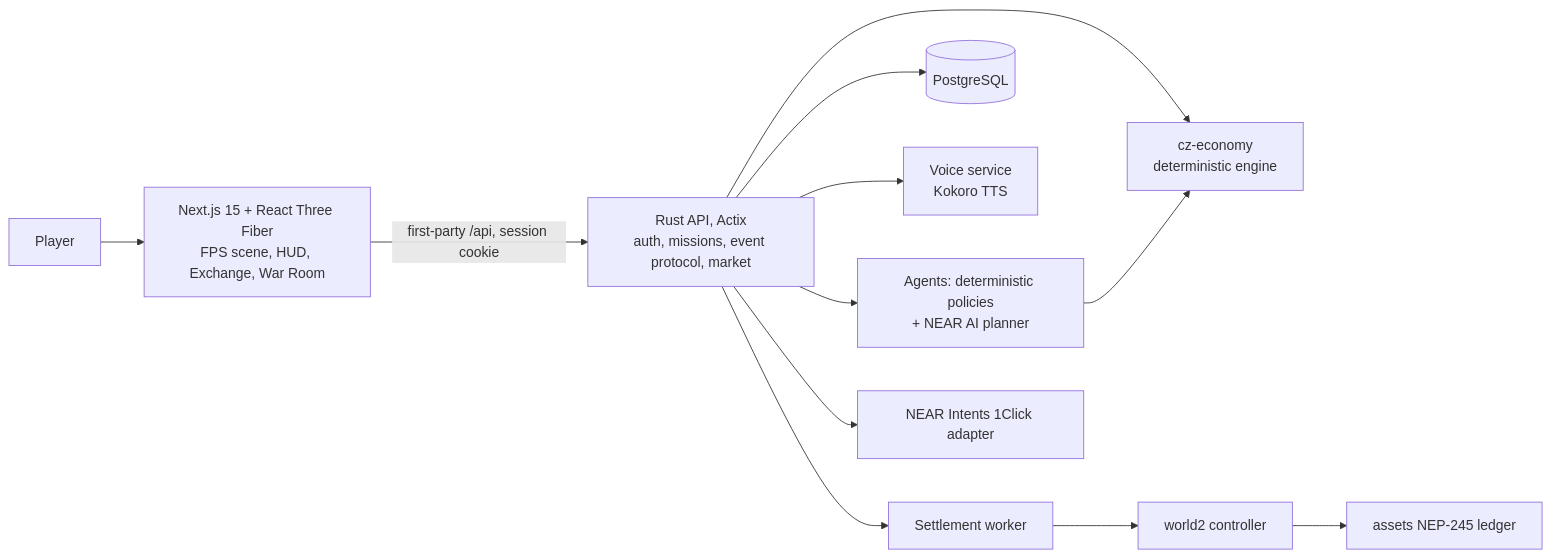
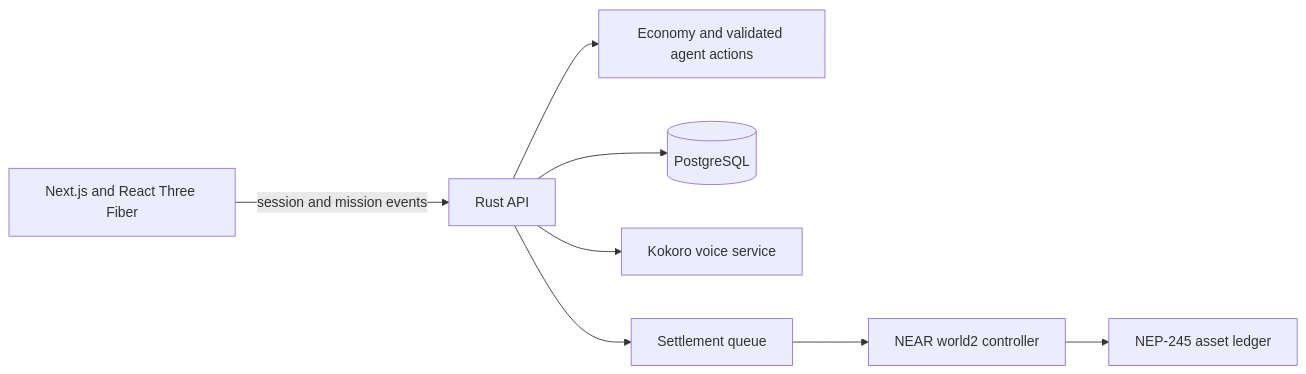
Before and after one commit to Psalmuel01/contract-zero: the second of 2 diagrams in README.md, drawn with Mermaid. The commit also changed other lines of this file and 2 other files, not shown here.

````diff
--- a/README.md
+++ b/README.md
@@ -174,13 +91,10 @@
 ```mermaid
 flowchart LR
-  P[Player] --> W[Next.js 15 + React Three Fiber<br/>FPS scene, HUD, Exchange, War Room]
-  W -->|first-party /api, session cookie| API[Rust API, Actix<br/>auth, missions, event protocol, market]
-  API --> E[cz-economy<br/>deterministic engine]
-  API --> AG[Agents: deterministic policies<br/>+ NEAR AI planner]
-  AG --> E
-  API --> DB[(PostgreSQL)]
-  API --> V[Voice service<br/>Kokoro TTS]
-  API --> SW[Settlement worker]
-  SW --> C[world2 controller] --> L[assets NEP-245 ledger]
-  API --> IA[NEAR Intents 1Click adapter]
+  W[Next.js and React Three Fiber] -->|session and mission events| A[Rust API]
+  A --> E[Economy and validated agent actions]
+  A --> D[(PostgreSQL)]
+  A --> V[Kokoro voice service]
+  A --> Q[Settlement queue]
+  Q --> C[NEAR world2 controller]
+  C --> L[NEP-245 asset ledger]
 ```
````
